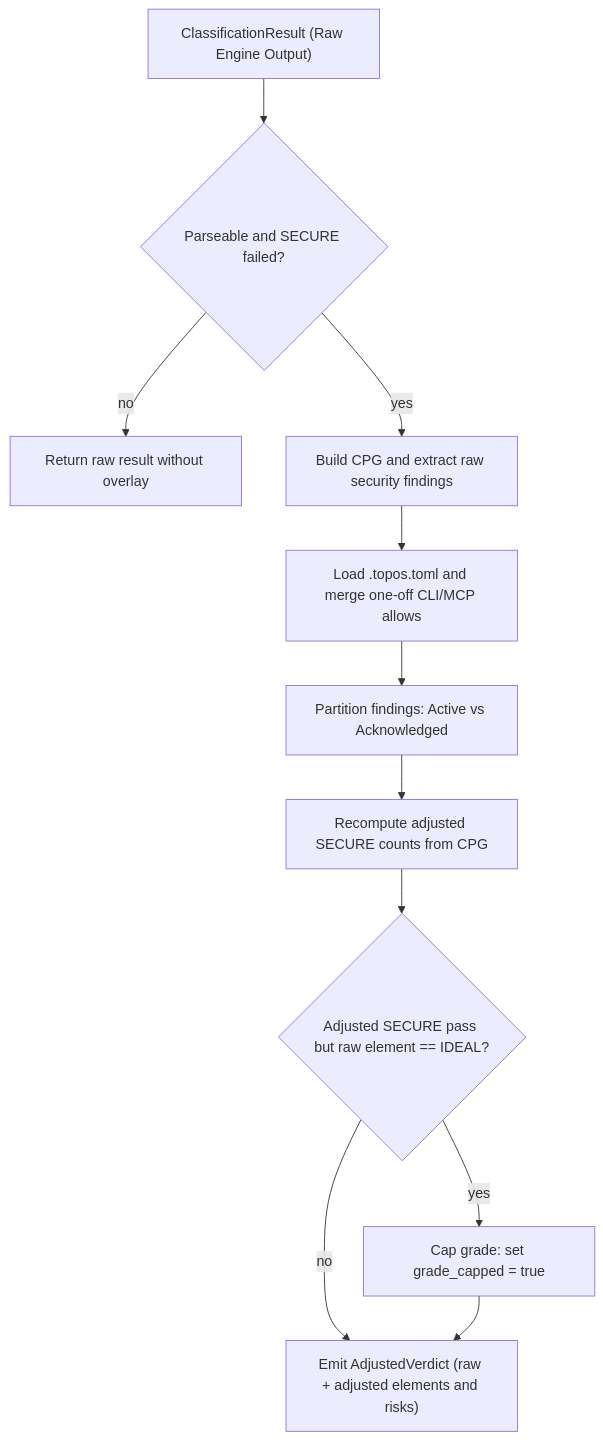
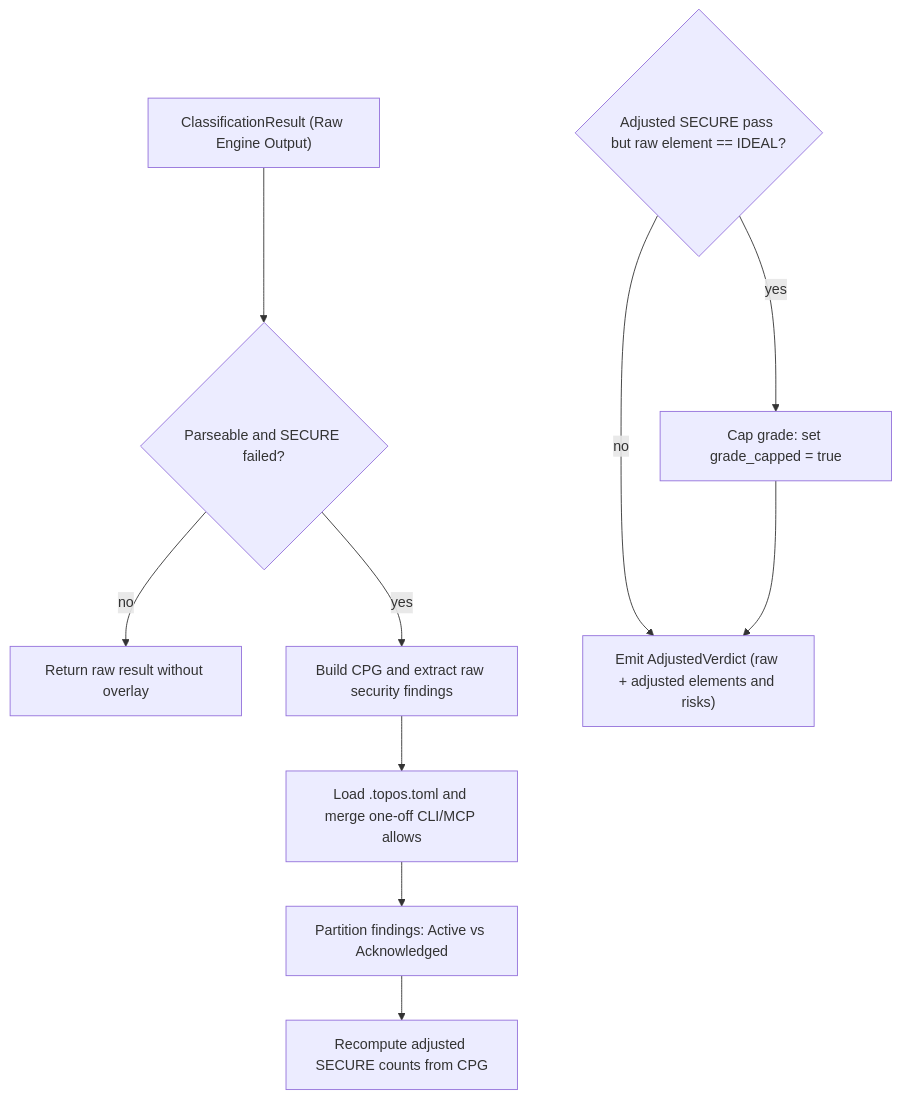
Before and after one commit to Krv-Labs/topos: the third of 3 diagrams in openwiki/architecture/overview.md, drawn with Mermaid. The commit also changed other lines of this file and 12 other files, not shown here.

````diff
--- a/openwiki/architecture/overview.md
+++ b/openwiki/architecture/overview.md
@@ -188,13 +188,13 @@
 ```mermaid
 flowchart TD
     RawResult["ClassificationResult (Raw Engine Output)"] --> Guard{"Parseable and SECURE failed?"}
     Guard -->|no| RawOnly["Return raw result without overlay"]
     Guard -->|yes| BuildCPG["Build CPG and extract raw security findings"]
     BuildCPG --> Config["Load .topos.toml and merge one-off CLI/MCP allows"]
     Config --> Partition["Partition findings: Active vs Acknowledged"]
     Partition --> Recount["Recompute adjusted SECURE counts from CPG"]
-    Recount --> GradeCap{"Adjusted SECURE pass but raw element == IDEAL?"}
+    GradeCap{"Adjusted SECURE pass but raw element == IDEAL?"}
     GradeCap -->|yes| Demote["Cap grade: set grade_capped = true"]
     GradeCap -->|no| Emit
     Demote --> Emit["Emit AdjustedVerdict (raw + adjusted elements and risks)"]
 ```
````
